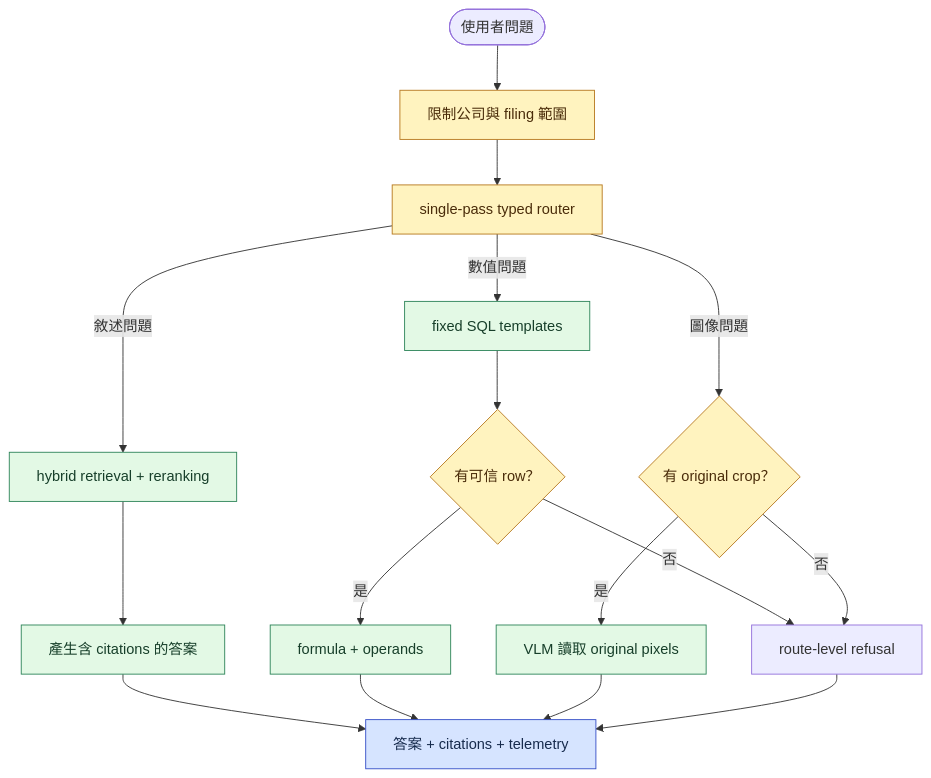
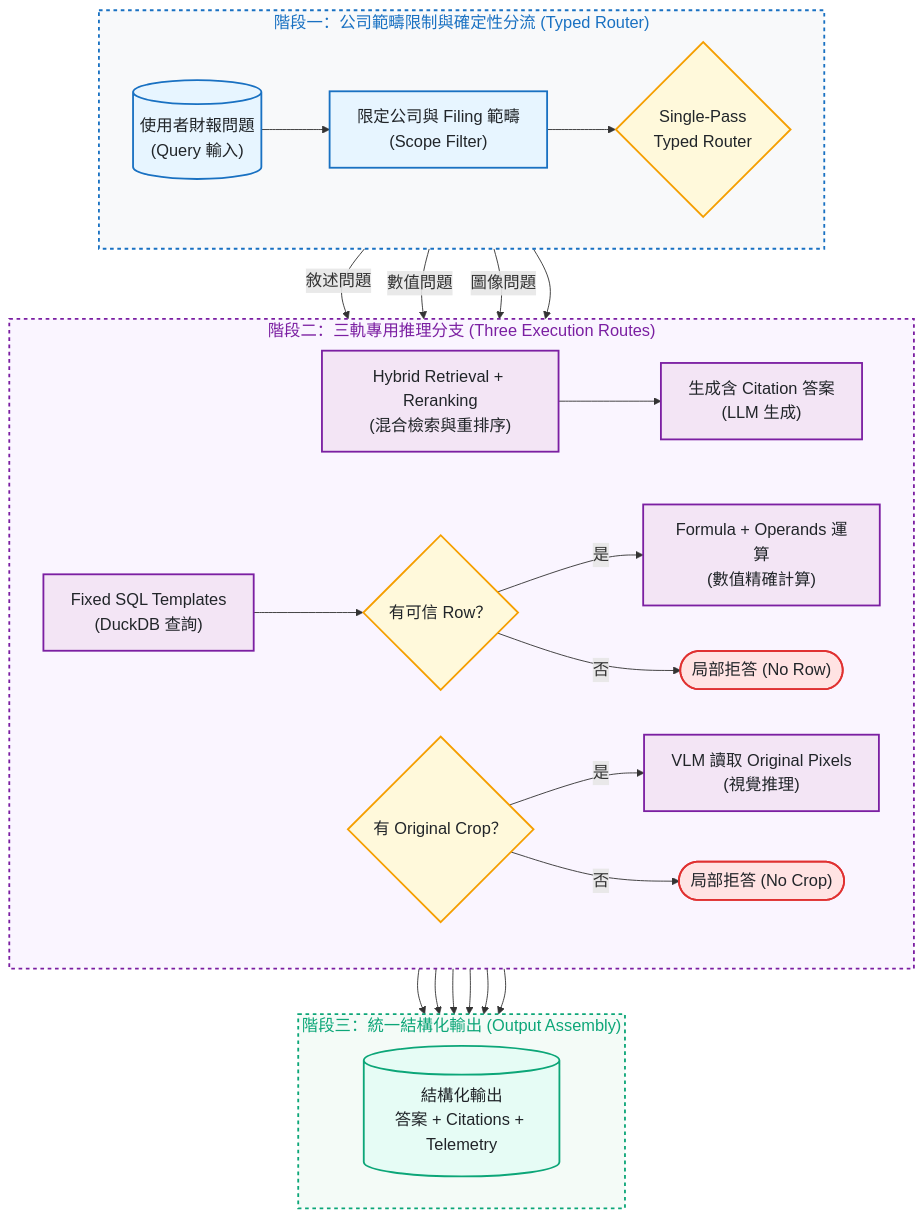
One commit to kuotunyu/tw-filing-intelligence changed the second of 2 diagrams in README.md. Above: the diagram before and after it, drawn with Mermaid. The commit also changed other lines of this file and 1 other file, not shown here.

First line of the commit message:
docs: overhaul README with card container flowcharts and clean typography (#6)

````diff
--- a/README.md
+++ b/README.md
@@ -67,25 +86,42 @@
 ```mermaid
+%%{init: {'themeVariables': {'fontSize': '18px'}}}%%
 flowchart TD
-    Query(["使用者問題"]) --> Scope["限制公司與 filing 範圍"]
-    Scope --> Router["single-pass typed router"]
-    Router -->|"敘述問題"| Retrieve["hybrid retrieval + reranking"]
-    Retrieve --> Generate["產生含 citations 的答案"]
-    Router -->|"數值問題"| SQL["fixed SQL templates"]
-    SQL --> NumericResult{"有可信 row？"}
-    NumericResult -->|"是"| Calculate["formula + operands"]
-    NumericResult -->|"否"| Refuse["route-level refusal"]
-    Router -->|"圖像問題"| Crop{"有 original crop？"}
-    Crop -->|"是"| VLM["VLM 讀取 original pixels"]
-    Crop -->|"否"| Refuse
-    Generate --> Output["答案 + citations + telemetry"]
-    Calculate --> Output
-    VLM --> Output
-    Refuse --> Output
+    subgraph RouteStage ["階段一：公司範疇限制與確定性分流 (Typed Router)"]
+        direction LR
+        Query[("使用者財報問題<br/>(Query 輸入)")] --> Scope["限定公司與 Filing 範疇<br/>(Scope Filter)"] --> Router{"Single-Pass<br/>Typed Router"}
+    end
 
-    classDef control fill:#FFF3BF,stroke:#B7791F,color:#4A2C0A
-    classDef route fill:#E3F9E5,stroke:#2F855A,color:#173F2A
-    classDef output fill:#D6E4FF,stroke:#364FC7,color:#172B4D
-    class Scope,Router,NumericResult,Crop control
-    class Retrieve,Generate,SQL,Calculate,VLM route
-    class Output output
+    subgraph ExecStage ["階段二：三軌專用推理分支 (Three Execution Routes)"]
+        direction LR
+        Router -->|"敘述問題"| Retrieve["Hybrid Retrieval + Reranking<br/>(混合檢索與重排序)"] --> Gen["生成含 Citation 答案<br/>(LLM 生成)"]
+        Router -->|"數值問題"| SQL["Fixed SQL Templates<br/>(DuckDB 查詢)"] --> NumCheck{"有可信 Row？"}
+        NumCheck -->|"是"| Calc["Formula + Operands 運算<br/>(數值精確計算)"]
+        NumCheck -->|"否"| Refuse1(["局部拒答 (No Row)"])
+        Router -->|"圖像問題"| CropCheck{"有 Original Crop？"}
+        CropCheck -->|"是"| VLM["VLM 讀取 Original Pixels<br/>(視覺推理)"]
+        CropCheck -->|"否"| Refuse2(["局部拒答 (No Crop)"])
+    end
+
+    subgraph OutStage ["階段三：統一結構化輸出 (Output Assembly)"]
+        direction LR
+        Gen & Calc & VLM & Refuse1 & Refuse2 --> Output[("結構化輸出<br/>答案 + Citations + Telemetry")]
+    end
+
+    RouteStage --> ExecStage --> OutStage
+
+    classDef srcStyle fill:#e7f5ff,stroke:#1971c2,stroke-width:2px,color:#212529
+    classDef condStyle fill:#fff9db,stroke:#f59f00,stroke-width:2px,color:#212529
+    classDef routeStyle fill:#f3e5f5,stroke:#7b1fa2,stroke-width:2px,color:#212529
+    classDef outStyle fill:#e6fcf5,stroke:#0ca678,stroke-width:2px,color:#212529
+    classDef rejStyle fill:#ffe3e3,stroke:#e03131,stroke-width:2px,color:#212529
+
+    class Query,Scope srcStyle
+    class Router,NumCheck,CropCheck condStyle
+    class Retrieve,Gen,SQL,Calc,VLM routeStyle
+    class Output outStyle
+    class Refuse1,Refuse2 rejStyle
+
+    style RouteStage fill:#f8f9fa,stroke:#1971c2,stroke-width:2px,color:#1971c2,stroke-dasharray: 4 4
+    style ExecStage fill:#faf5ff,stroke:#7b1fa2,stroke-width:2px,color:#7b1fa2,stroke-dasharray: 4 4
+    style OutStage fill:#f4fbf7,stroke:#0ca678,stroke-width:2px,color:#0ca678,stroke-dasharray: 4 4
 ```
````
